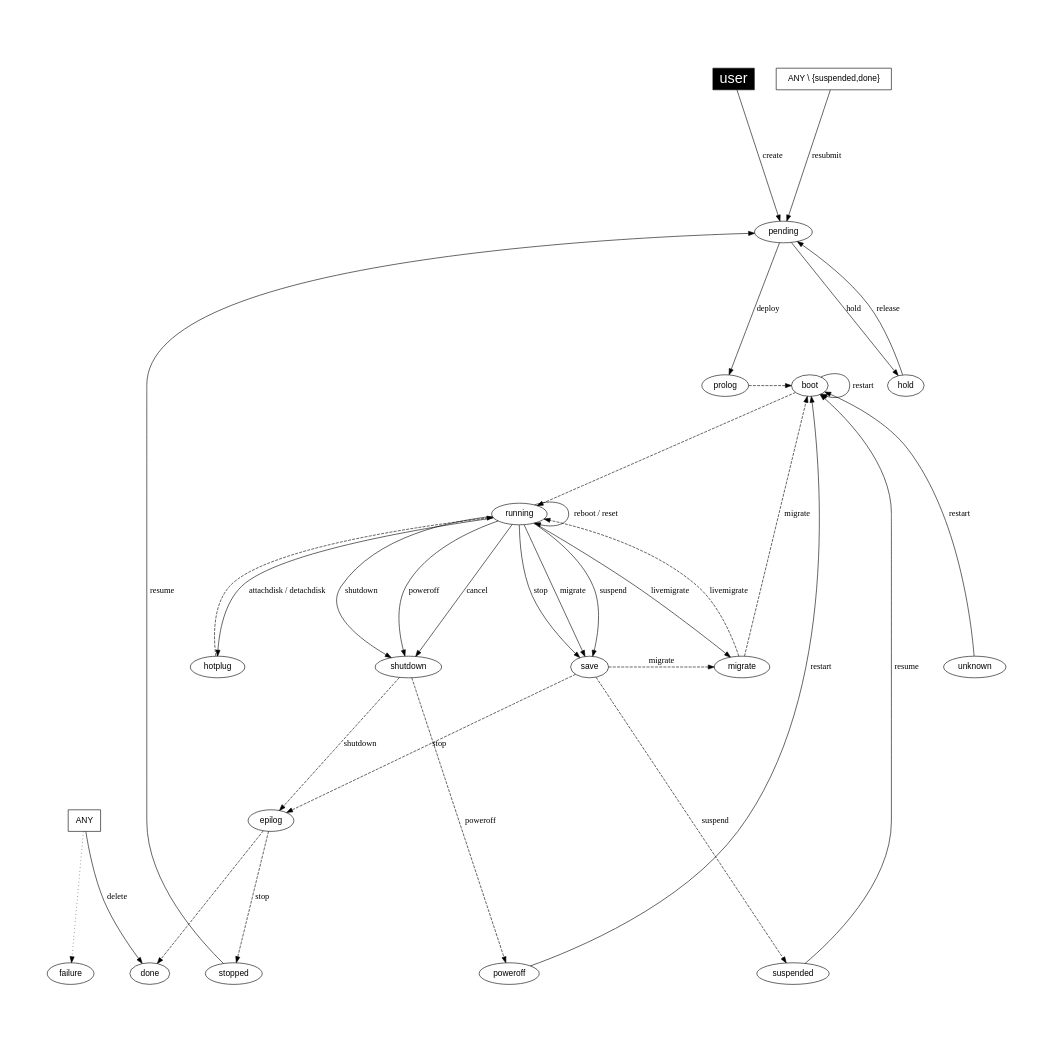
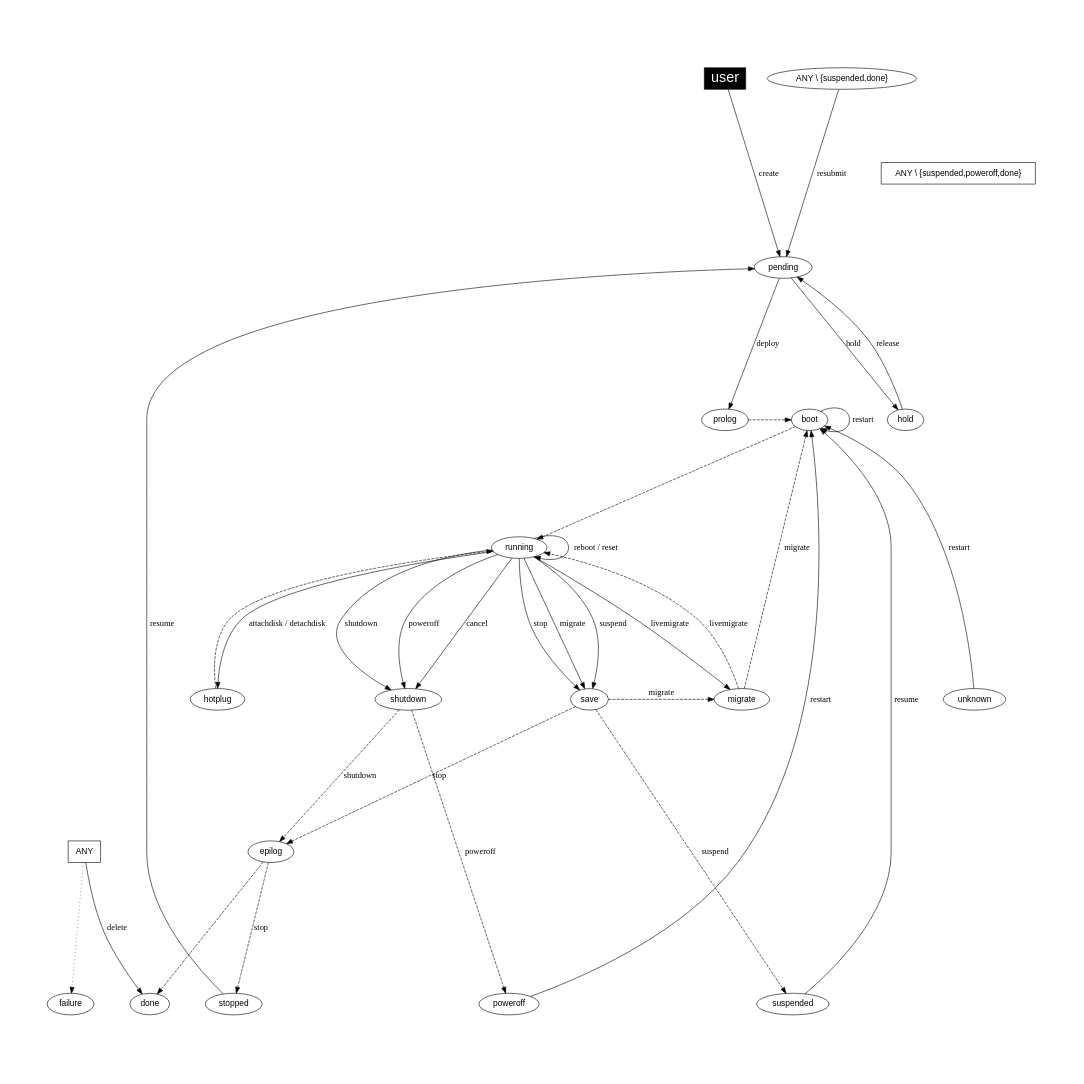
Before and after one commit to OpenNebula/one: the diagram in share/doc/states/states-simple.dot, drawn with Graphviz. The commit also changed 1 other file, not shown here.

```diff
--- a/share/doc/states/states-simple.dot
+++ b/share/doc/states/states-simple.dot
@@ -1,96 +1,96 @@
 
 
 digraph OpenNebula {
     graph [
         nodesep= 0.5,
         ratio=1,
         pad=1,
     ];
 
     node [fontname="Helvetica"];
     edge [fontname="Menlo"];
     
     user [
         fillcolor="black",
         style="filled", shape="box",
         fontcolor="white", fontsize= "24.0"];
 
     ANY [ shape="box" ];
-    "ANY \\ {suspended,done}" [ shape="box" ];
+    "ANY \\ {suspended,poweroff,done}" [ shape="box" ];
 
     subgraph { rank = min; user}
 #    subgraph { rank = same; pending; hold; color="white"}
     subgraph { rank = same; prolog; boot; color="white" }
     subgraph { rank = same; migrate; save; shutdown; unknown; hotplug; 
         color="white" }
     subgraph { rank = max; suspended; done; failure; stopped; poweroff; color="white" }
 
 #   create
     user -> pending [label="create"];
 
 #   deploy
     pending     -> prolog [label="deploy"];
     prolog      -> boot [style="dashed"];
     boot        -> running [style="dashed"];
 
 #   shutdown
     running     -> shutdown [label="shutdown"];
     shutdown    -> epilog [label="shutdown", style="dashed"];
     epilog      -> done [style="dashed"];
 
 #   poweroff
     running     -> shutdown [label="poweroff"];
     shutdown    -> poweroff [label="poweroff", style="dashed"];
 
 #   livemigrate
     running     -> migrate [label="livemigrate"];
     migrate     -> running [label="livemigrate", style="dashed"];
 
 #   migrate
     running     -> save [label="migrate"];
     save        -> migrate [label="migrate", style="dashed"];
     migrate     -> boot [label="migrate", style="dashed"];
 
 #   hold
     pending     -> hold [label="hold"];
 
 #   release
     hold        -> pending [label="release"];
 
 #   stop
     running     -> save [label="stop"];
     save        -> epilog [label="stop", style="dashed"];
     epilog      -> stopped [label="stop", style="dashed"];
 
 #   cancel
     running     -> shutdown [label="cancel"];
 
 #   suspend
     running     -> save [label="suspend"];
     save        -> suspended [label="suspend", style="dashed"];
 
 #   resume
     stopped     -> pending [label="resume"];
     suspended   -> boot [label="resume"];
 
 #   delete
     ANY         -> done [label="delete"];
 
 #   restart
     unknown     -> boot [label="restart"];
     boot        -> boot [label="restart"];
     poweroff    -> boot [label="restart"];
 
 #   reboot, reset
     running     -> running [label="reboot / reset"];
 
 #   attachdisk
     running     -> hotplug [label="attachdisk / detachdisk"]
     hotplug     -> running [style="dashed"];
 
 #   resubmit
     "ANY \\ {suspended,done}" -> pending [label="resubmit"];
 
 #   failures and misc.
     ANY         -> failure [style="dotted"];
 }
```
